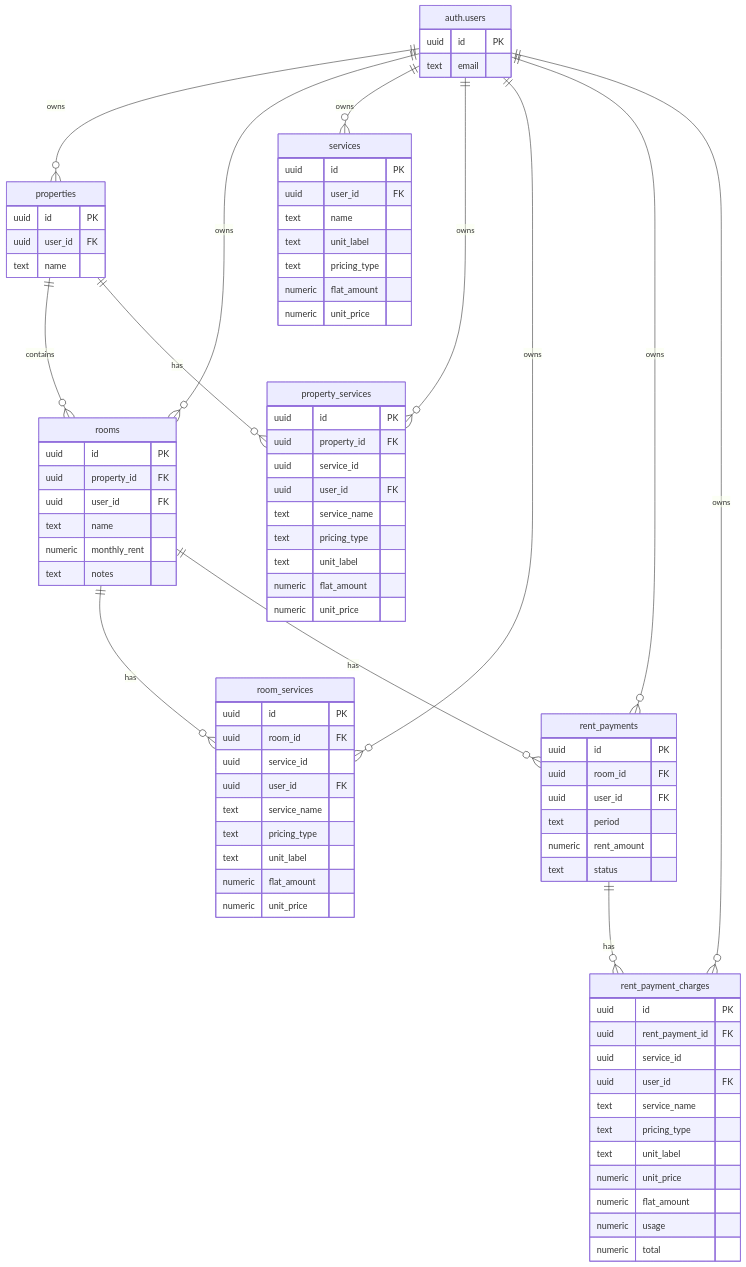
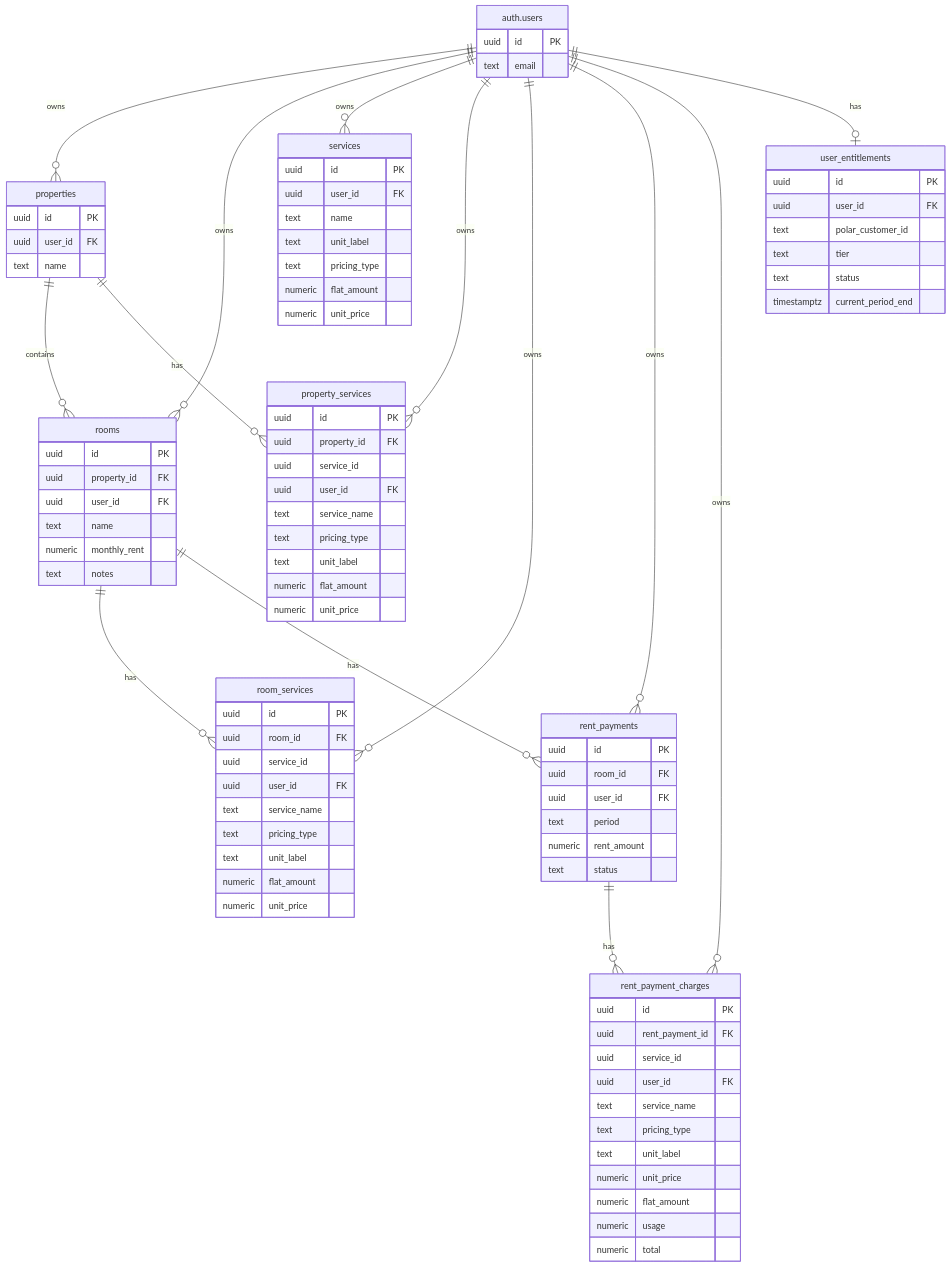
Before and after one commit to antritue/lumo: the diagram in docs/database.md, drawn with Mermaid. The commit also changed other lines of this file and 3 other files, not shown here.

````diff
--- a/docs/database.md
+++ b/docs/database.md
@@ -15,6 +15,7 @@
     "auth.users" ||--o{ room_services : "owns"
     "auth.users" ||--o{ rent_payments : "owns"
     "auth.users" ||--o{ rent_payment_charges : "owns"
+    "auth.users" ||--o| user_entitlements : "has"
     properties ||--o{ rooms : "contains"
     properties ||--o{ property_services : "has"
     rooms ||--o{ room_services : "has"
@@ -89,4 +90,12 @@
         numeric usage
         numeric total
     }
+    user_entitlements {
+        uuid id PK
+        uuid user_id FK
+        text polar_customer_id
+        text tier
+        text status
+        timestamptz current_period_end
+    }
 ```
````
